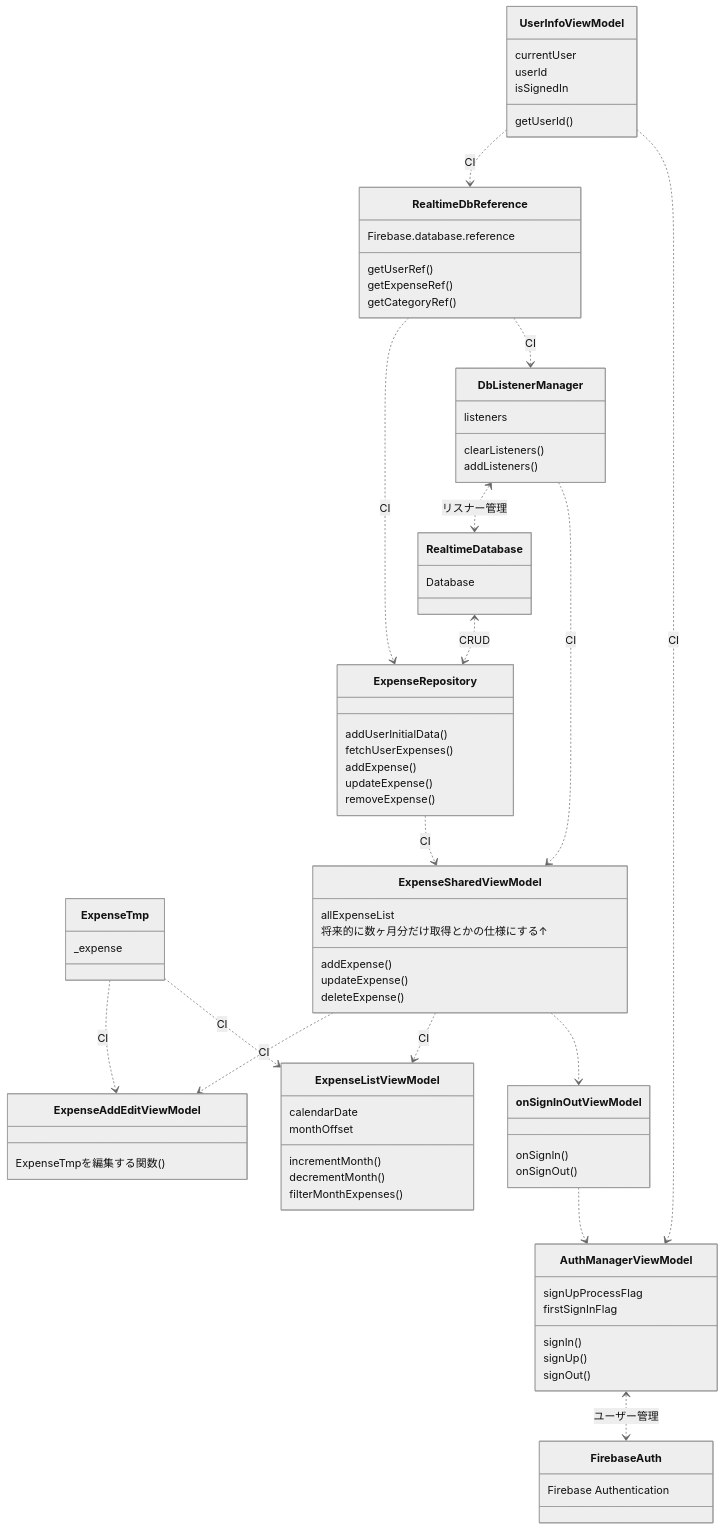
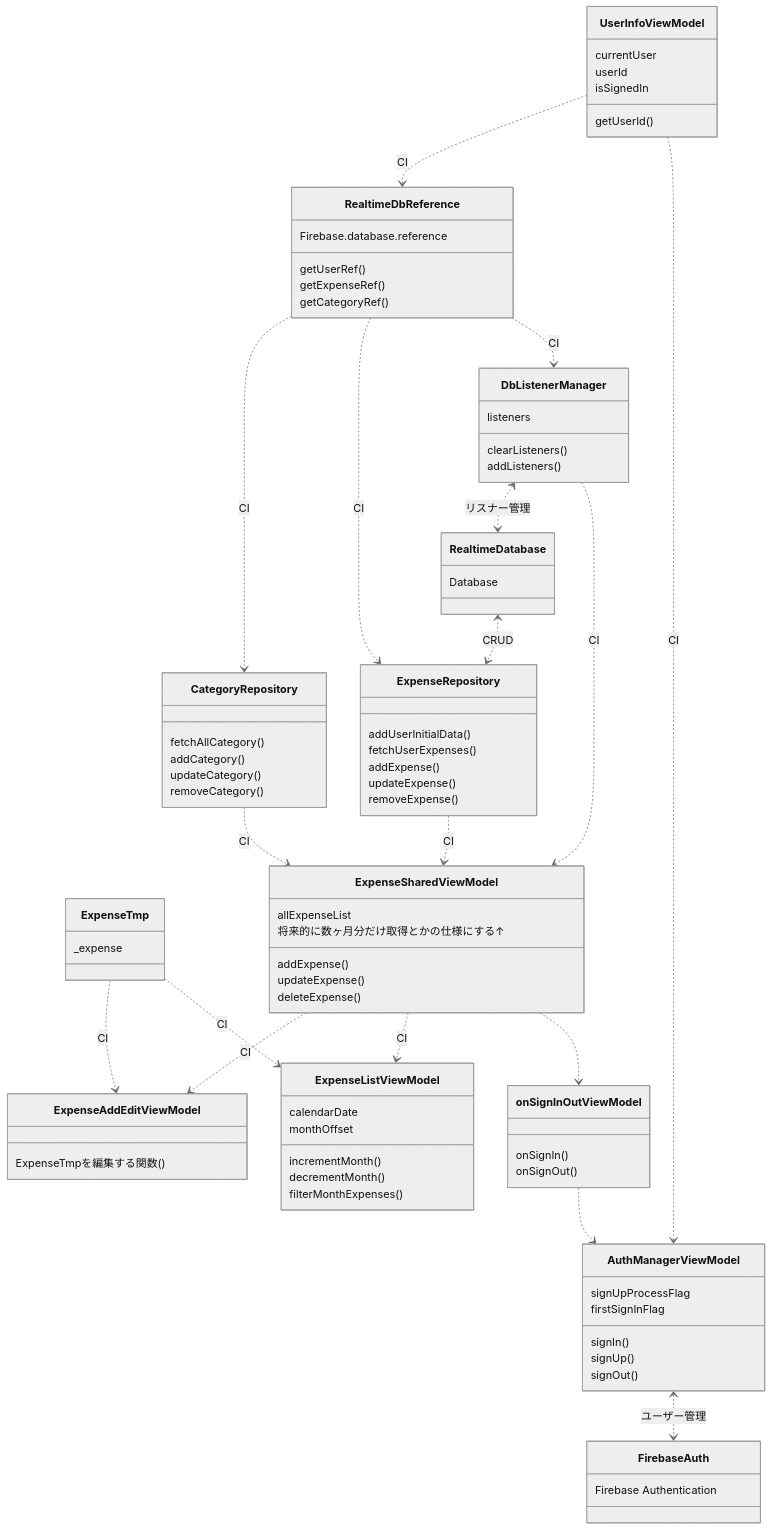
The diagram in app/src/main/java/gaku/original/myapplication/UML/ClassDiagram.md (GakuAkita/HouseholdExpenses), drawn with Mermaid (neutral theme) before and after one commit. The commit also changed 2 other files, not shown here.

Commit message:
Email is automatically added after SignUp.

```diff
--- a/app/src/main/java/gaku/original/myapplication/UML/ClassDiagram.md
+++ b/app/src/main/java/gaku/original/myapplication/UML/ClassDiagram.md
@@ -32,6 +32,13 @@
 removeExpense()
 }
 
+class CategoryRepository{
+fetchAllCategory()
+addCategory()
+updateCategory()
+removeCategory()
+}
+
 class DbListenerManager {
 listeners
 
@@ -58,8 +65,10 @@
 
 DbListenerManager ..> ExpenseSharedViewModel :CI
 ExpenseRepository ..> ExpenseSharedViewModel :CI
+CategoryRepository ..> ExpenseSharedViewModel :CI
 ExpenseSharedViewModel ..> ExpenseListViewModel :CI
 ExpenseSharedViewModel ..> ExpenseAddEditViewModel :CI
+
 
 class RealtimeDbReference {
 Firebase.database.reference
@@ -71,6 +80,7 @@
 
 RealtimeDbReference ..> DbListenerManager : CI
 RealtimeDbReference ..> ExpenseRepository : CI
+RealtimeDbReference ..> CategoryRepository :CI
 DbListenerManager <..> RealtimeDatabase :リスナー管理
 
 %%Firebase関連がまとめられる。ユーザーとか
```
